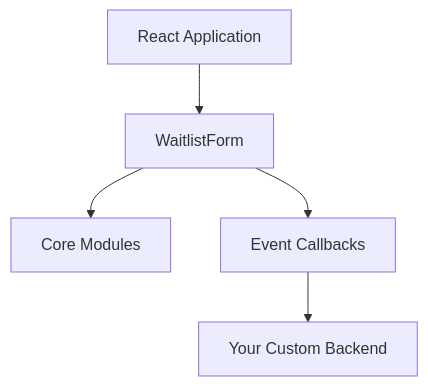
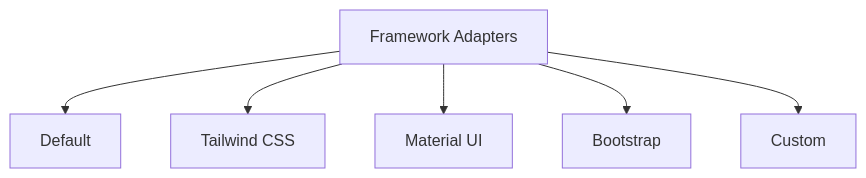
The eighth of 9 diagrams in docs/architecture.md (pmatheusvinhas/react-waitlist), drawn with Mermaid before and after one commit. The commit also changed other lines of this file and 36 other files, not shown here.

````diff
--- a/docs/architecture.md
+++ b/docs/architecture.md
@@ -93,7 +184,8 @@
 ```mermaid
 graph TD
-    A[React Application] --> B[WaitlistForm]
-    B --> C[Core Modules]
-    B --> D[Event Callbacks]
-    D --> E[Your Custom Backend]
+    A[Framework Adapters] --> B[Default]
+    A --> C[Tailwind CSS]
+    A --> D[Material UI]
+    A --> E[Bootstrap]
+    A --> F[Custom]
 ```
````
